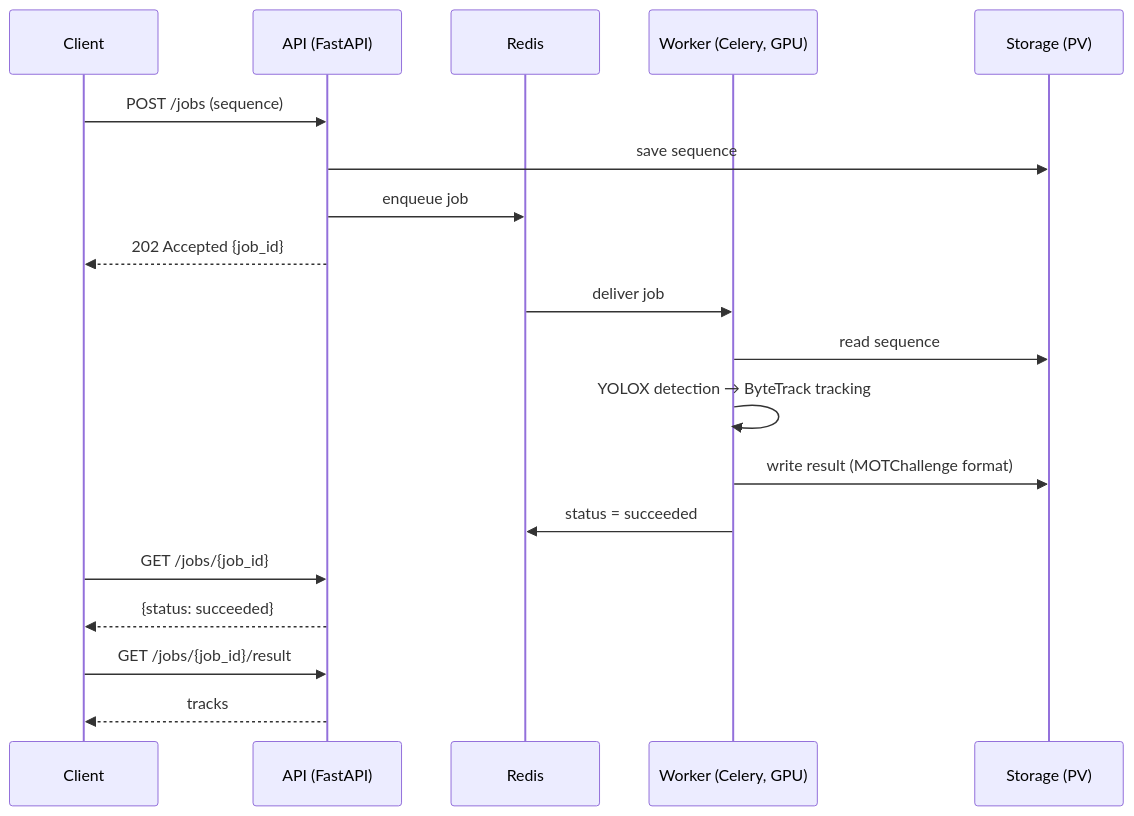
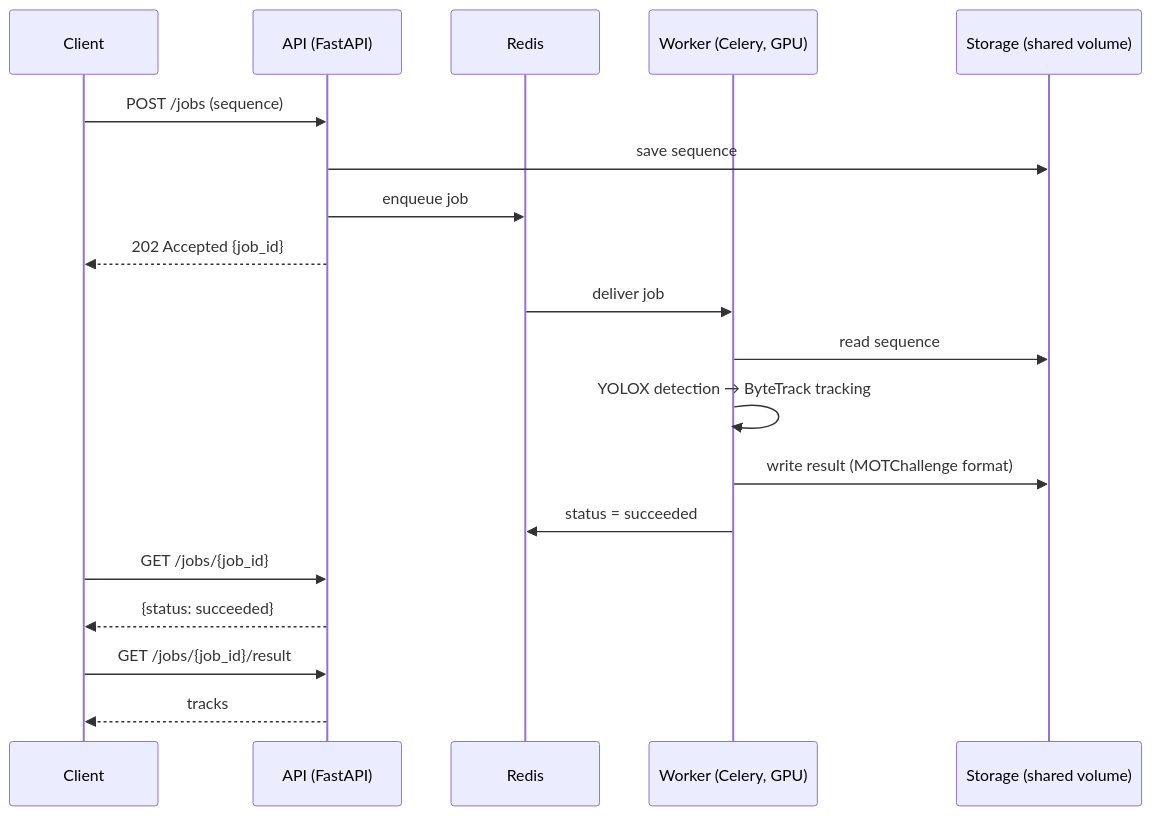
The first of 2 diagrams in README.md (Moris-Zhan/openmot-serve), drawn with Mermaid before and after one commit. The commit also changed other lines of this file and 2 other files, not shown here.

````diff
--- a/README.md
+++ b/README.md
@@ -23,22 +23,22 @@
 ```mermaid
 sequenceDiagram
     participant C as Client
     participant A as API (FastAPI)
     participant Q as Redis
     participant W as Worker (Celery, GPU)
-    participant S as Storage (PV)
+    participant S as Storage (shared volume)
 
     C->>A: POST /jobs (sequence)
     A->>S: save sequence
     A->>Q: enqueue job
     A-->>C: 202 Accepted {job_id}
     Q->>W: deliver job
     W->>S: read sequence
     W->>W: YOLOX detection → ByteTrack tracking
     W->>S: write result (MOTChallenge format)
     W->>Q: status = succeeded
     C->>A: GET /jobs/{job_id}
     A-->>C: {status: succeeded}
     C->>A: GET /jobs/{job_id}/result
     A-->>C: tracks
 ```
````
